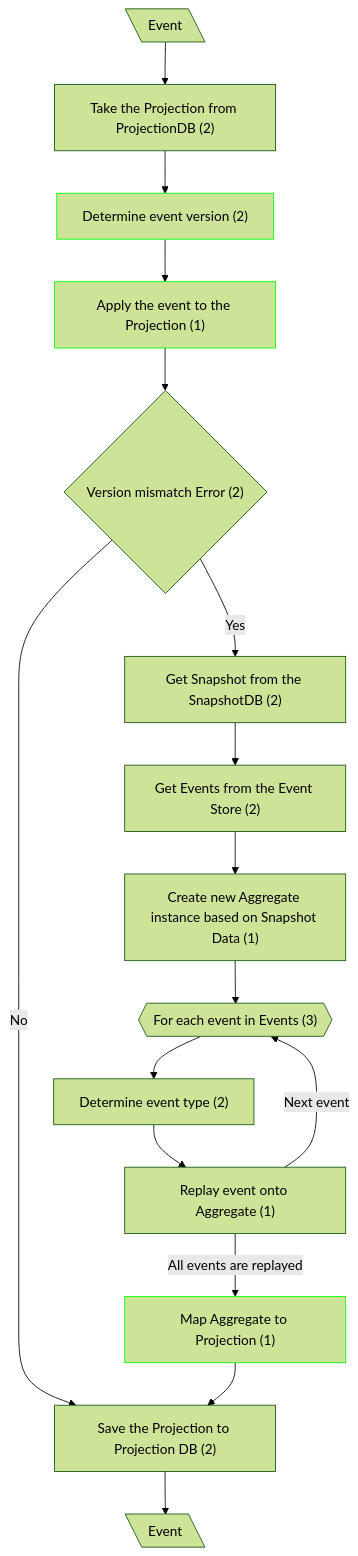
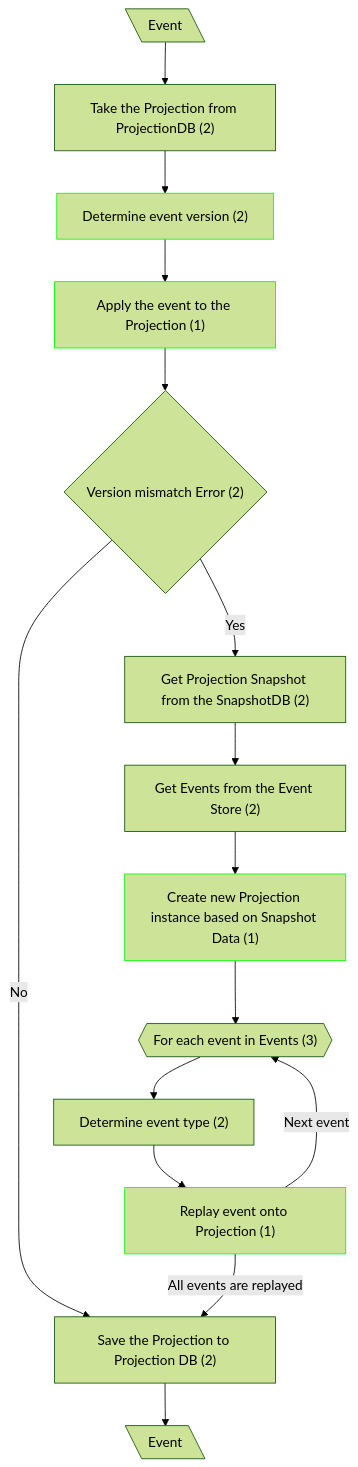
Before and after one commit to dmitryhruzin/CQRS-variations-test: the second of 4 diagrams in docs/CF Complexity/eventual consistency.md, drawn with Mermaid (forest theme). The commit also changed other lines of this file and 5 other files, not shown here.

````diff
--- a/docs/CF Complexity/eventual consistency.md
+++ b/docs/CF Complexity/eventual consistency.md
@@ -27,20 +27,19 @@
 ```mermaid
 flowchart TD
   classDef mod stroke:#0f0
   A@{ shape: lean-l, label: "Event" }
   A --> B["Take the Projection from ProjectionDB (2)"]
   B --> C["Determine event version (2)"]:::mod
   C --> D["Apply the event to the Projection (1)"]:::mod
   D --> E{"Version mismatch Error (2)"}
   E --"No"--> F["Save the Projection to Projection DB (2)"]
-  E --Yes--> H["Get Snapshot from the SnapshotDB (2)"]
+  E --Yes--> H["Get Projection Snapshot from the SnapshotDB (2)"]
   H --> I["Get Events from the Event Store (2)"]
-  I --> J["Create new Aggregate instance based on Snapshot Data (1)"]
+  I --> J["Create new Projection instance based on Snapshot Data (1)"]:::mod
   J --> K1{{"For each event in Events (3)"}}
   K1 --> K2["Determine event type (2)"]
-  K2 --> K3["Replay event onto Aggregate (1)"]
+  K2 --> K3["Replay event onto Projection (1)"]:::mod
   K3 --"Next event"--> K1
-  K3 --"All events are replayed"--> L["Map Aggregate to Projection (1)"]:::mod
-  L --> F
+  K3 --"All events are replayed"--> F
   F --> M@{ shape: lean-l, label: "Event" }
 ```
````
